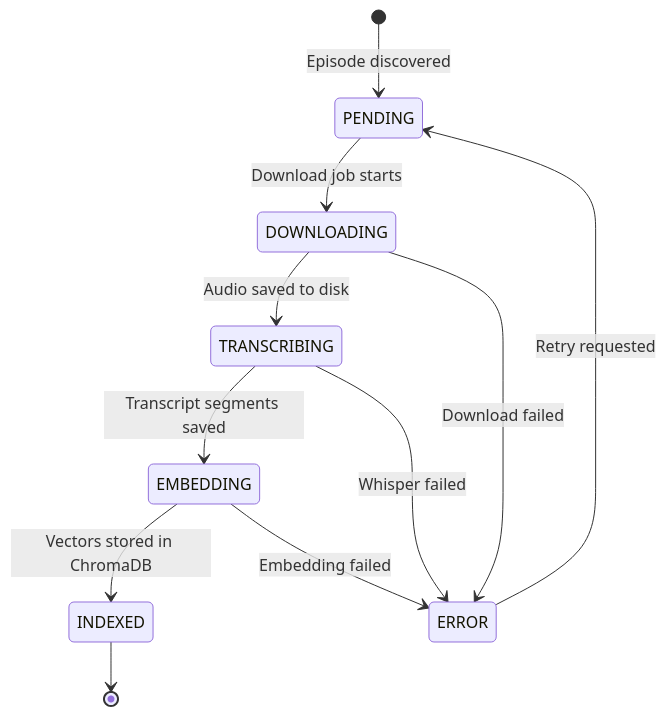
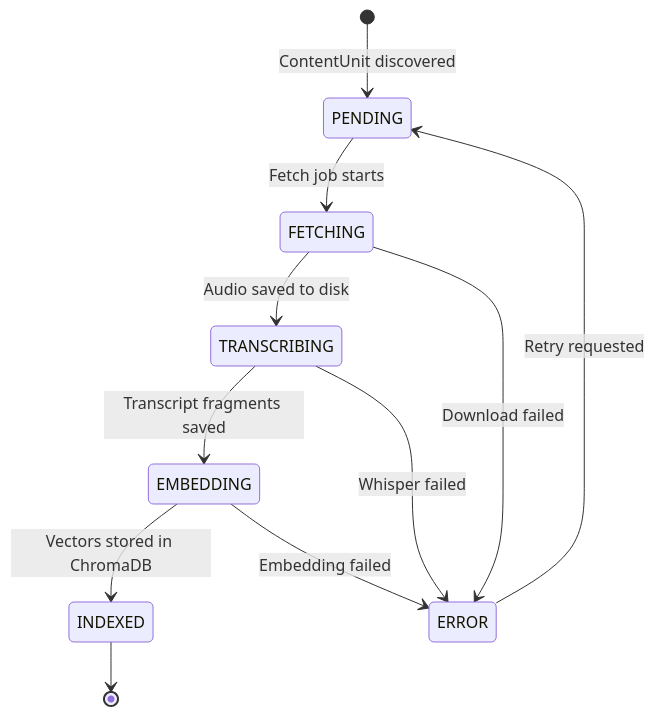
One commit to jsohi/localloom changed the fourth of 8 diagrams in docs/DIAGRAMS.md. Above: the diagram before and after it, drawn with Mermaid. The commit also changed other lines of this file and 2 other files, not shown here.

````diff
--- a/docs/DIAGRAMS.md
+++ b/docs/DIAGRAMS.md
@@ -183,17 +203,17 @@
 ```mermaid
 stateDiagram-v2
-    [*] --> PENDING: Episode discovered
+    [*] --> PENDING: ContentUnit discovered
 
-    PENDING --> DOWNLOADING: Download job starts
-    DOWNLOADING --> TRANSCRIBING: Audio saved to disk
-    TRANSCRIBING --> EMBEDDING: Transcript segments saved
+    PENDING --> FETCHING: Fetch job starts
+    FETCHING --> TRANSCRIBING: Audio saved to disk
+    TRANSCRIBING --> EMBEDDING: Transcript fragments saved
     EMBEDDING --> INDEXED: Vectors stored in ChromaDB
 
-    DOWNLOADING --> ERROR: Download failed
+    FETCHING --> ERROR: Download failed
     TRANSCRIBING --> ERROR: Whisper failed
     EMBEDDING --> ERROR: Embedding failed
 
     ERROR --> PENDING: Retry requested
 
     INDEXED --> [*]
 ```
````
